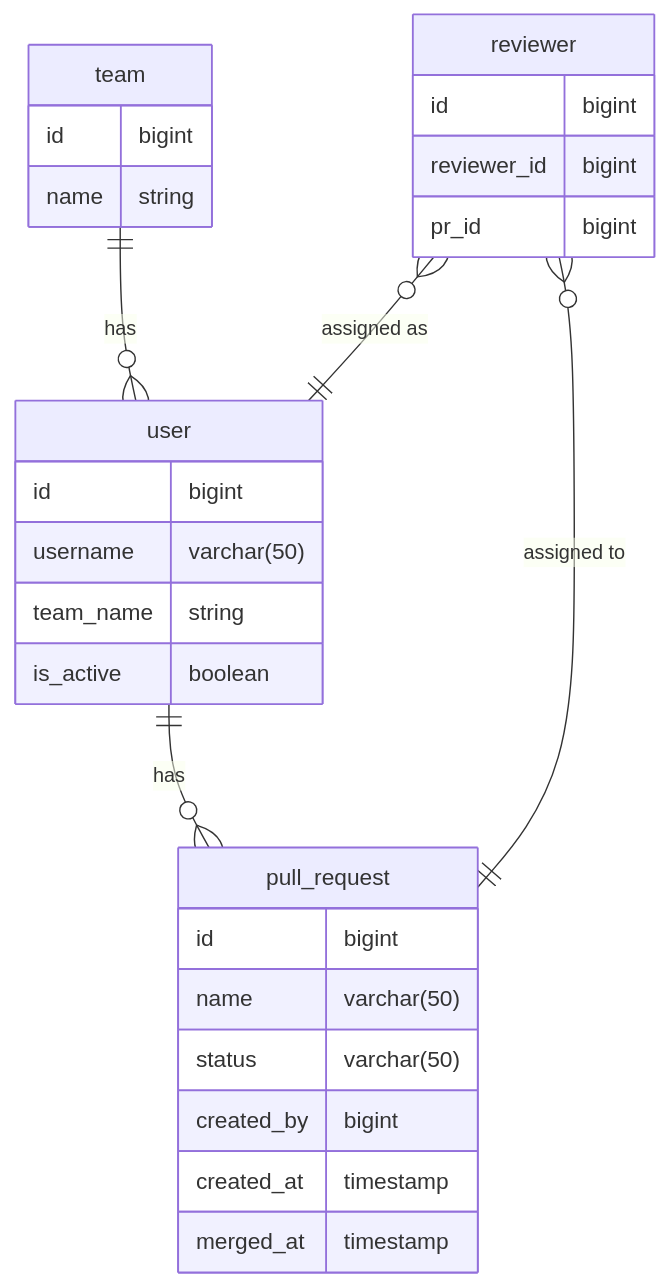
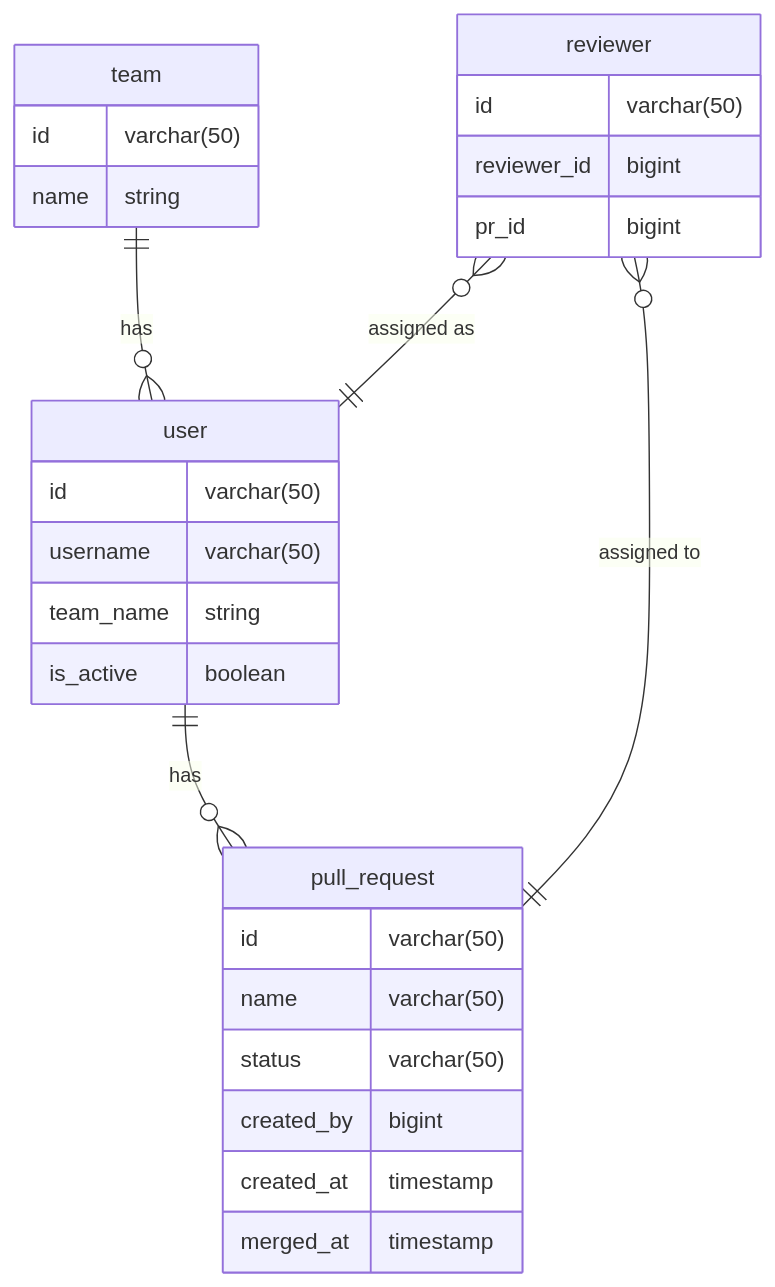
One commit to max0nT/pr-reviews-assignment-service changed the diagram in docs/ERD.md. Above: the diagram before and after it, drawn with Mermaid.

````diff
--- a/docs/ERD.md
+++ b/docs/ERD.md
@@ -3,33 +3,33 @@
 ```mermaid
  erDiagram
 
    team ||--o{ user: has
    user ||--o{ pull_request: has
    reviewer o{--|| user: "assigned as"
    reviewer o{--|| pull_request: "assigned to"
 
  user {
-    id bigint
+    id varchar(50)
     username varchar(50)
     team_name string
     is_active boolean
  }
  team {
-    id bigint
+    id varchar(50)
     name string
  }
  pull_request {
-    id bigint
+    id varchar(50)
     name varchar(50)
     status varchar(50)
     created_by bigint
     created_at timestamp
     merged_at timestamp
  }
  reviewer {
-   id bigint
+   id varchar(50)
    reviewer_id bigint
    pr_id bigint
  }
 
 ```
````
